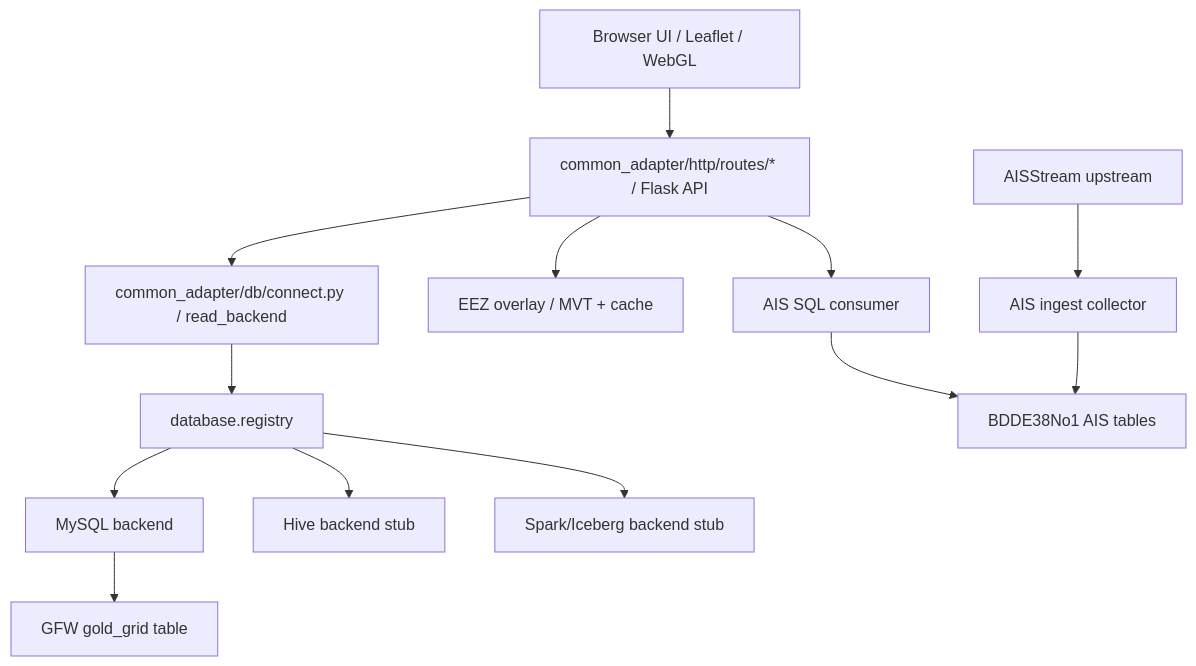
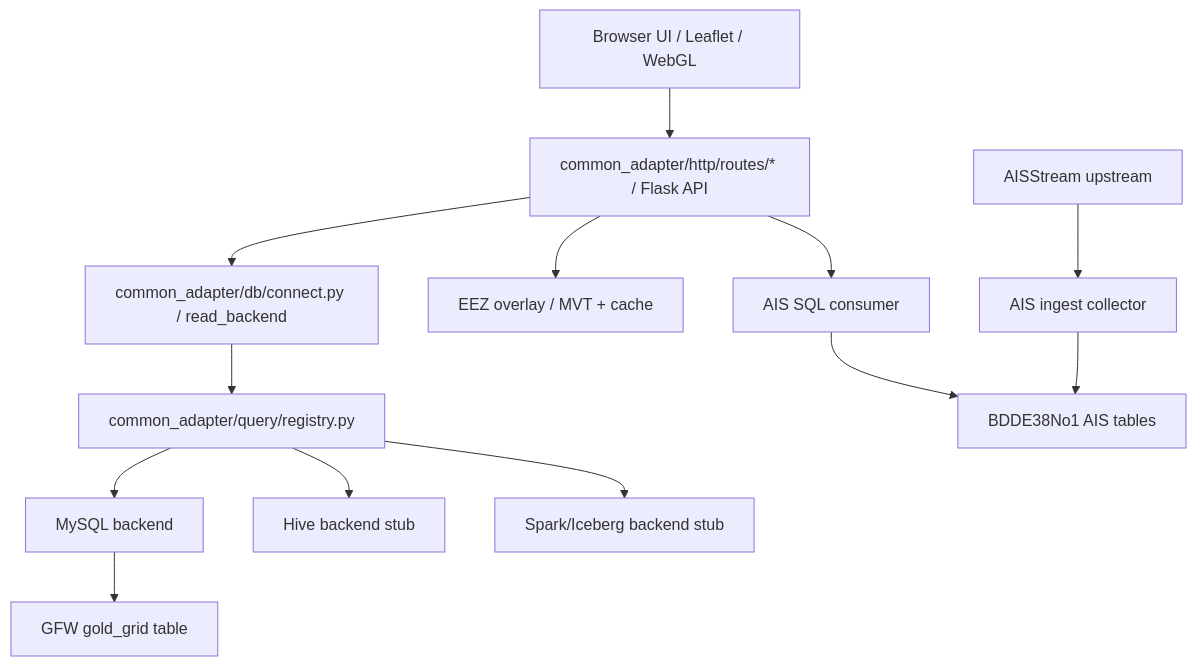
Before and after one commit to Kagamihara-Ruruka/gfw-flask-mysql-adapter: the first of 5 diagrams in README.zh-TW.md, drawn with Mermaid. The commit also changed other lines of this file and 187 other files, not shown here.

Commit message:
Checkpoint lifecycle and runtime architecture

````diff
--- a/README.zh-TW.md
+++ b/README.zh-TW.md
@@ -78,29 +86,29 @@
 ```mermaid
 flowchart TD
   UI["Browser UI / Leaflet / WebGL"]
   API["common_adapter/http/routes/* / Flask API"]
   READ["common_adapter/db/connect.py / read_backend"]
-  REG["database.registry"]
+  REG["common_adapter/query/registry.py"]
   MYSQL["MySQL backend"]
   HIVE["Hive backend stub"]
   SPARK["Spark/Iceberg backend stub"]
   EEZ["EEZ overlay / MVT + cache"]
   AISREAD["AIS SQL consumer"]
   AISCOLLECT["AIS ingest collector"]
   AISUP["AISStream upstream"]
   SQLAIS["BDDE38No1 AIS tables"]
   GFW["GFW gold_grid table"]
 
   UI --> API
   API --> READ
   READ --> REG
   REG --> MYSQL
   REG --> HIVE
   REG --> SPARK
   MYSQL --> GFW
   API --> EEZ
   API --> AISREAD
   AISREAD --> SQLAIS
   AISUP --> AISCOLLECT
   AISCOLLECT --> SQLAIS
 ```
````
